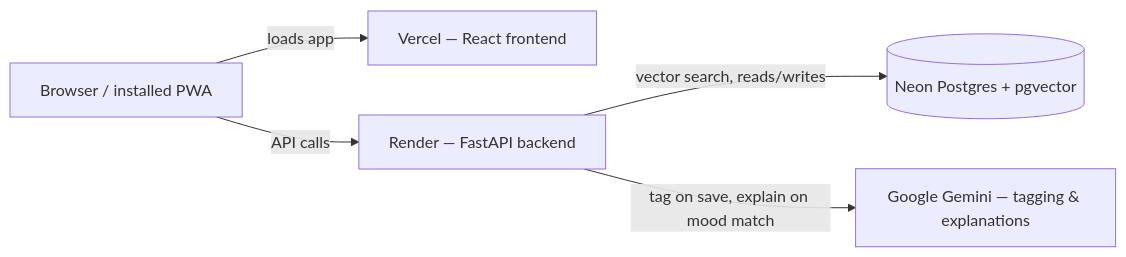
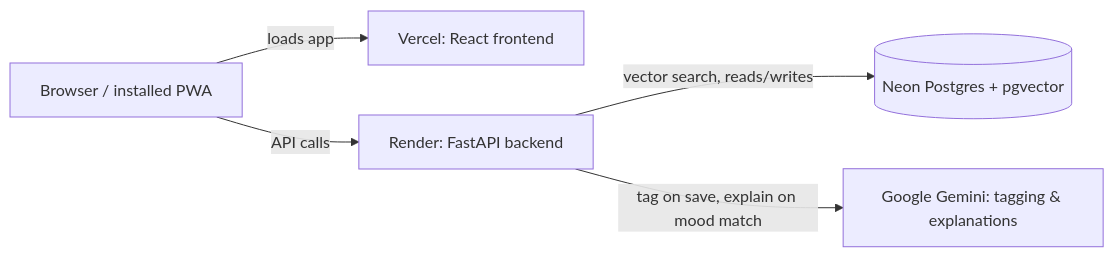
Before and after one commit to atigoymas/quote-vault: the diagram in README.md, drawn with Mermaid. The commit also changed other lines of this file, not shown here.

````diff
--- a/README.md
+++ b/README.md
@@ -23,13 +32,13 @@
 ```mermaid
 flowchart LR
     Browser["Browser / installed PWA"]
-    Vercel["Vercel — React frontend"]
-    Render["Render — FastAPI backend"]
+    Vercel["Vercel: React frontend"]
+    Render["Render: FastAPI backend"]
     Neon[("Neon Postgres + pgvector")]
-    Gemini["Google Gemini — tagging & explanations"]
+    Gemini["Google Gemini: tagging & explanations"]
 
     Browser -->|loads app| Vercel
     Browser -->|API calls| Render
     Render -->|vector search, reads/writes| Neon
     Render -->|tag on save, explain on mood match| Gemini
 ```
````
